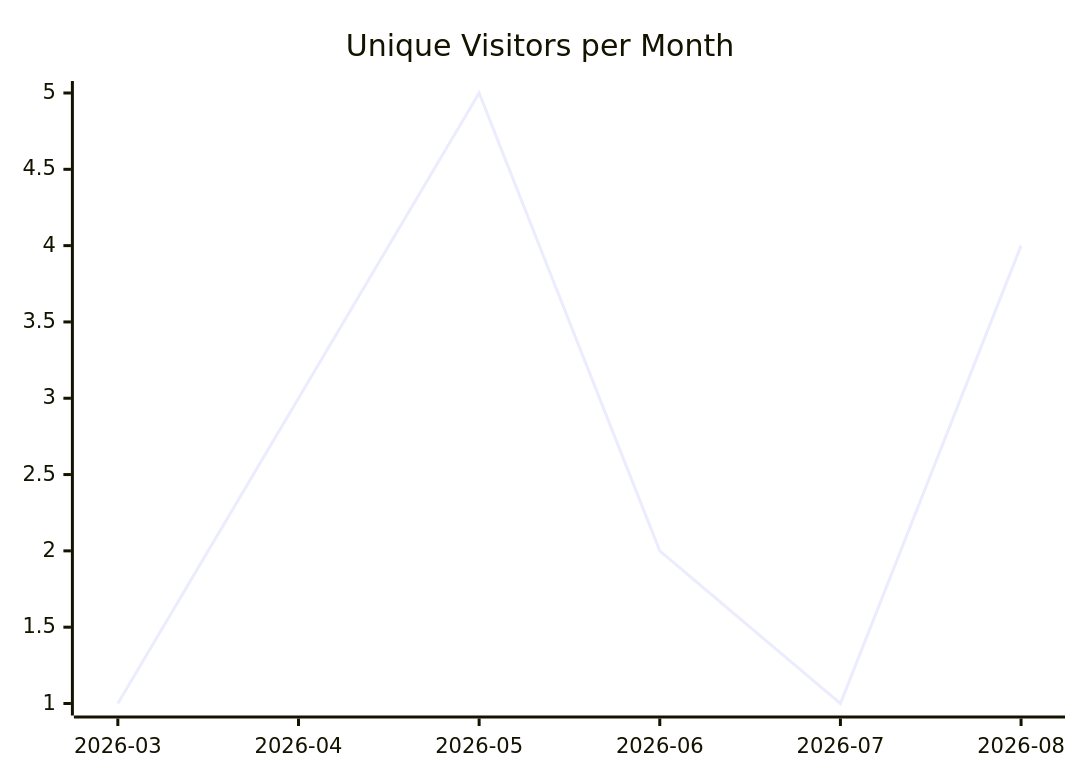
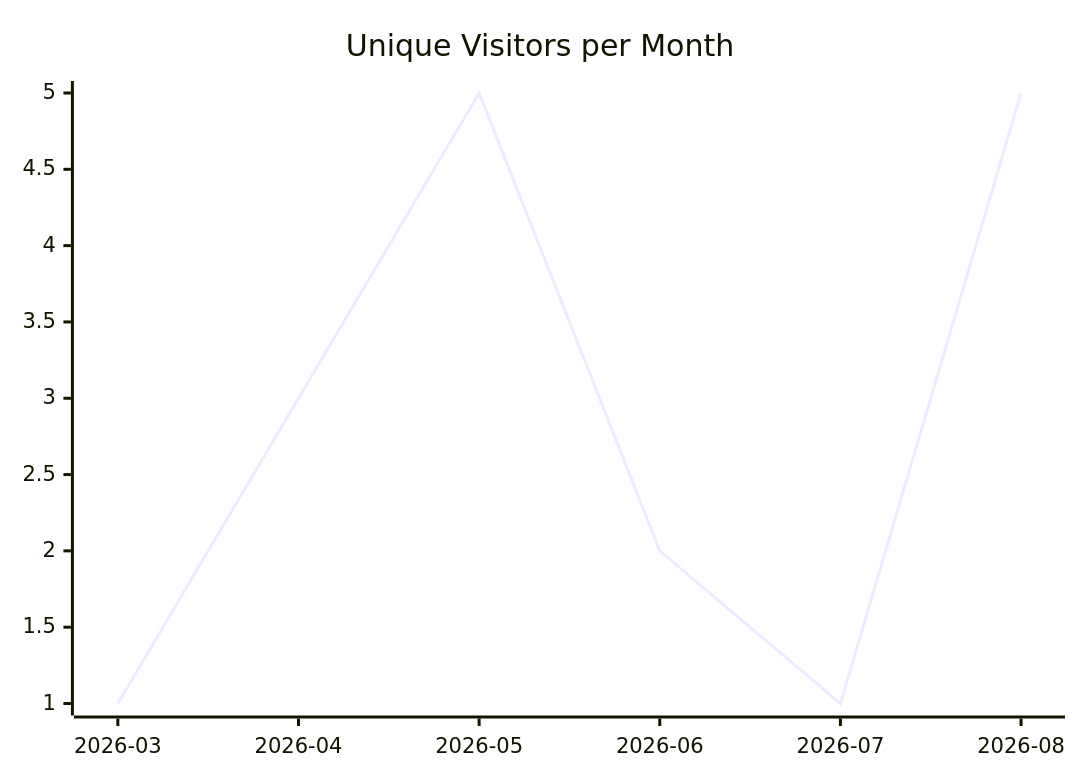
The first of 3 diagrams in justdavis-family/justdavis/README.md (justdavis-family/github-analytics-data), drawn with Mermaid before and after one commit. The commit also changed other lines of this file and 190 other files, not shown here.

````diff
--- a/justdavis-family/justdavis/README.md
+++ b/justdavis-family/justdavis/README.md
@@ -5,6 +5,6 @@
 ```mermaid
 xychart-beta
   title "Unique Visitors per Month"
   x-axis ["2026-03", "2026-04", "2026-05", "2026-06", "2026-07", "2026-08"]
-  line [1, 3, 5, 2, 1, 4]
+  line [1, 3, 5, 2, 1, 5]
 ```
````
